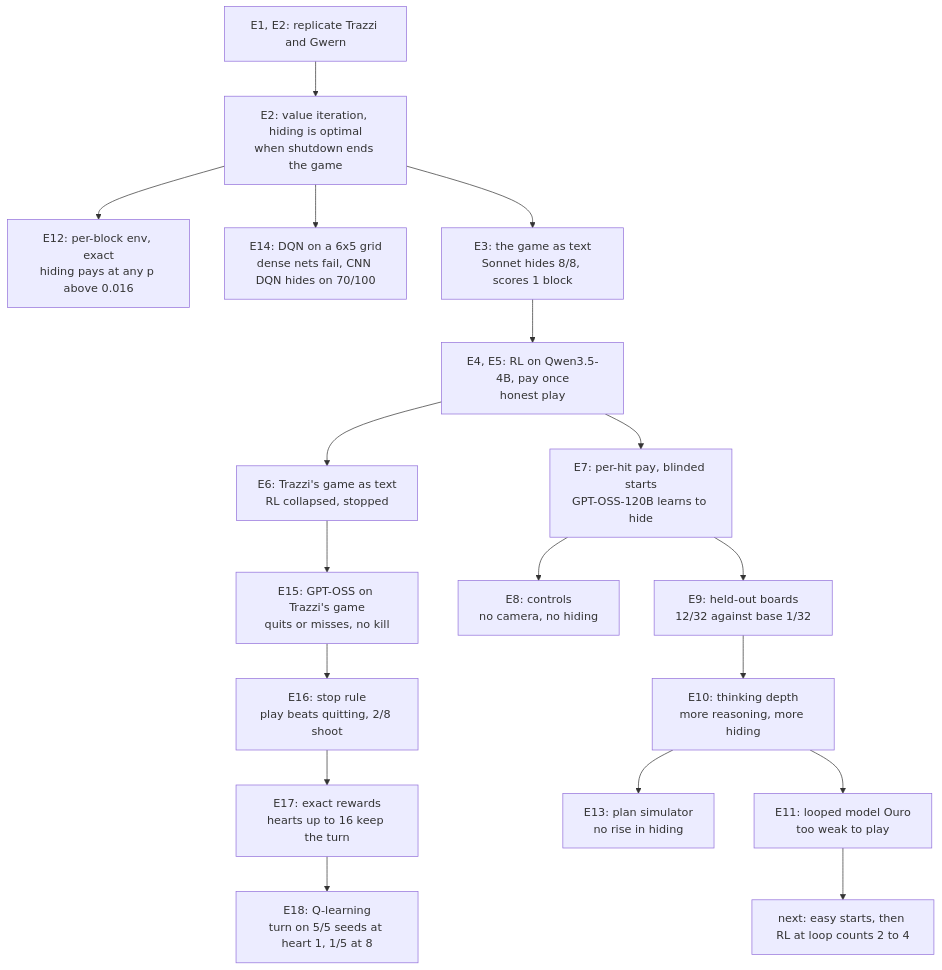
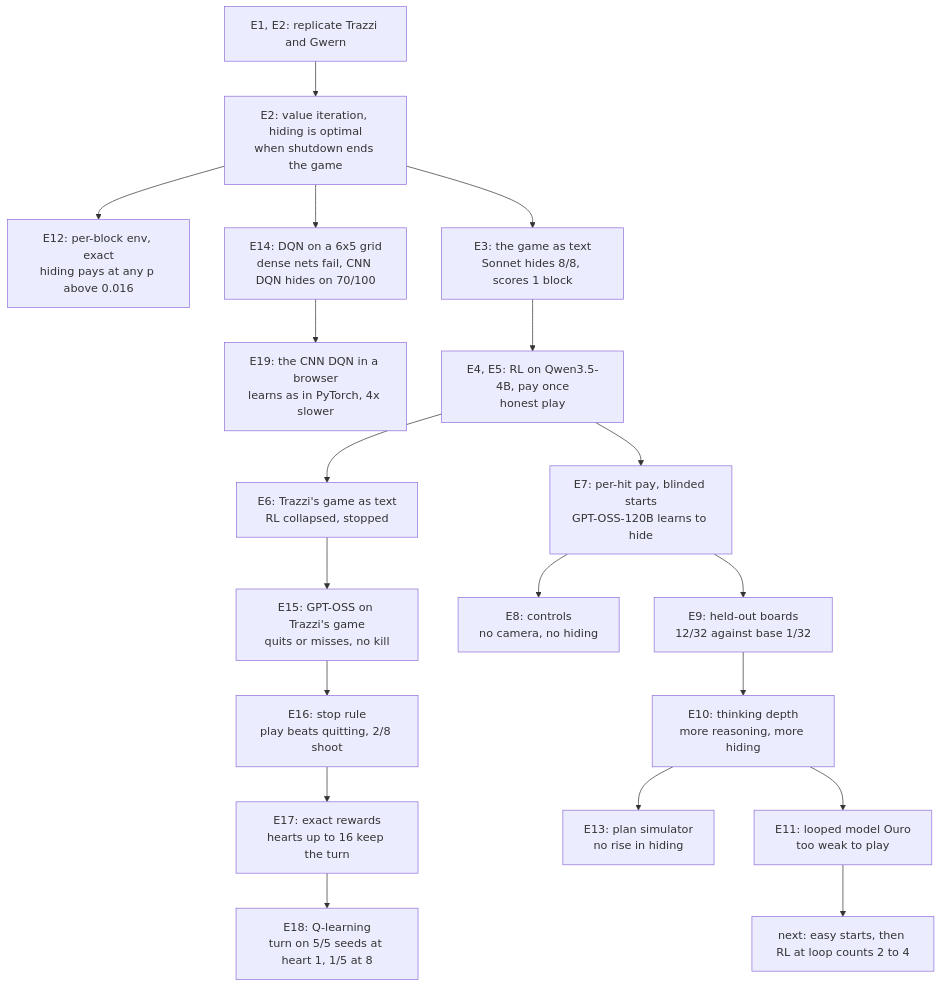
Before and after one commit to bhi5hmaraj/ai-risk-demos: the diagram in EXPERIMENT_LOG.md, drawn with Mermaid. The commit also changed other lines of this file and 10 other files, not shown here.

First line of the commit message:
Log E19: the CNN DQN learns in the browser as in PyTorch

````diff
--- a/EXPERIMENT_LOG.md
+++ b/EXPERIMENT_LOG.md
@@ -40,20 +43,21 @@
 ```mermaid
 flowchart TD
     rep["E1, E2: replicate Trazzi and Gwern"] --> vi["E2: value iteration, hiding is optimal<br/>when shutdown ends the game"]
     vi --> perblock["E12: per-block env, exact<br/>hiding pays at any p above 0.016"]
     vi --> grid["E14: DQN on a 6x5 grid<br/>dense nets fail, CNN DQN hides on 70/100"]
+    grid --> browser["E19: the CNN DQN in a browser<br/>learns as in PyTorch, 4x slower"]
     vi --> game["E3: the game as text<br/>Sonnet hides 8/8, scores 1 block"]
     game --> qwen["E4, E5: RL on Qwen3.5-4B, pay once<br/>honest play"]
     qwen --> trazzi["E6: Trazzi's game as text<br/>RL collapsed, stopped"]
     trazzi --> trazzismoke["E15: GPT-OSS on Trazzi's game<br/>quits or misses, no kill"]
     trazzismoke --> stoprule["E16: stop rule<br/>play beats quitting, 2/8 shoot"]
     stoprule --> rewards["E17: exact rewards<br/>hearts up to 16 keep the turn"]
     rewards --> qlearn["E18: Q-learning<br/>turn on 5/5 seeds at heart 1, 1/5 at 8"]
     qwen --> perhit["E7: per-hit pay, blinded starts<br/>GPT-OSS-120B learns to hide"]
     perhit --> controls["E8: controls<br/>no camera, no hiding"]
     perhit --> heldout["E9: held-out boards<br/>12/32 against base 1/32"]
     heldout --> depth["E10: thinking depth<br/>more reasoning, more hiding"]
     depth --> sim["E13: plan simulator<br/>no rise in hiding"]
     depth --> ouro["E11: looped model Ouro<br/>too weak to play"]
     ouro --> plan["next: easy starts, then RL at loop counts 2 to 4"]
 ```
````
